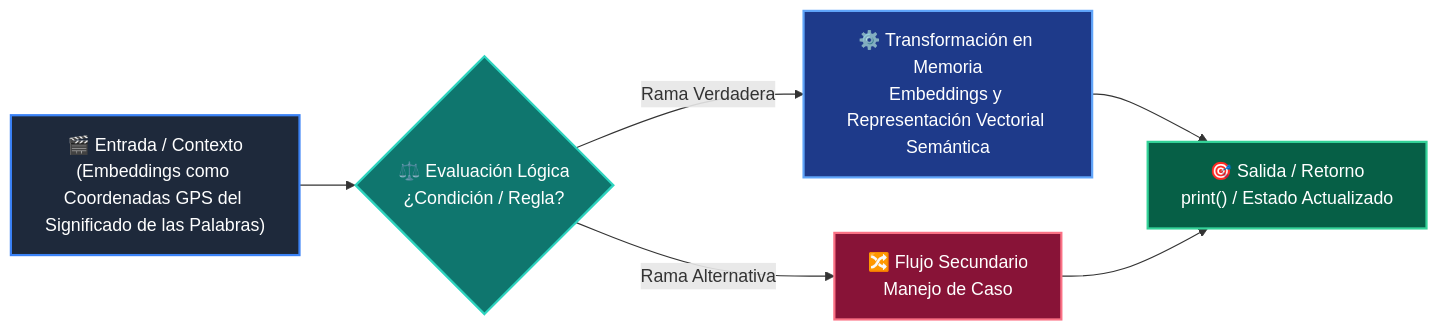
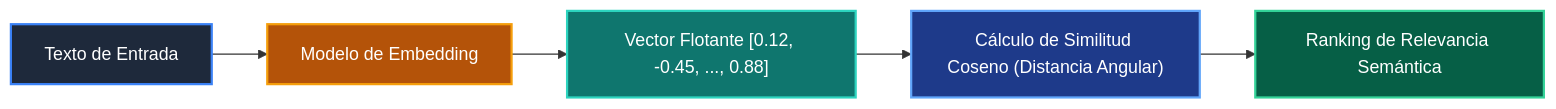
Before and after one commit to wisrovi/wisrovi-python: the diagram in 03-agentes-ia/clase-05-embeddings-y-bases-vectoriales/README.md, drawn with Mermaid. The commit also changed other lines of this file and 271 other files, not shown here.

Commit message:
docs: rewrite all README.md files with bespoke topic-specific Mermaid diagrams and remove repetitive boilerplate

````diff
--- a/03-agentes-ia/clase-05-embeddings-y-bases-vectoriales/README.md
+++ b/03-agentes-ia/clase-05-embeddings-y-bases-vectoriales/README.md
@@ -35,14 +12,13 @@
 ```mermaid
 flowchart LR
-    A["🎬 Entrada / Contexto<br/>(Embeddings como Coordenadas GPS del Significado de las Palabras)"] --> B{"⚖️ Evaluación Lógica<br/>¿Condición / Regla?"}
-    B -->|Rama Verdadera| C["⚙️ Transformación en Memoria<br/>Embeddings y Representación Vectorial Semántica"]
-    B -->|Rama Alternativa| D["🔀 Flujo Secundario<br/>Manejo de Caso"]
-    C --> E["🎯 Salida / Retorno<br/>print() / Estado Actualizado"]
-    D --> E
+    DOC["Texto de Entrada"] --> EMB["Modelo de Embedding"]
+    EMB --> VEC["Vector Flotante [0.12, -0.45, ..., 0.88]"]
+    VEC --> COS["Cálculo de Similitud Coseno (Distancia Angular)"]
+    COS --> RANK["Ranking de Relevancia Semántica"]
 
-    style A fill:#1e293b,color:#ffffff,stroke:#3b82f6,stroke-width:2px
-    style B fill:#0f766e,color:#ffffff,stroke:#2dd4bf,stroke-width:2px
-    style C fill:#1e3a8a,color:#ffffff,stroke:#60a5fa,stroke-width:2px
-    style D fill:#881337,color:#ffffff,stroke:#fb7185,stroke-width:2px
-    style E fill:#065f46,color:#ffffff,stroke:#34d399,stroke-width:2px
+    style DOC fill:#1e293b,color:#fff,stroke:#3b82f6,stroke-width:2px
+    style EMB fill:#b45309,color:#fff,stroke:#f59e0b,stroke-width:2px
+    style VEC fill:#0f766e,color:#fff,stroke:#2dd4bf,stroke-width:2px
+    style COS fill:#1e3a8a,color:#fff,stroke:#60a5fa,stroke-width:2px
+    style RANK fill:#065f46,color:#fff,stroke:#34d399,stroke-width:2px
 ```
````
